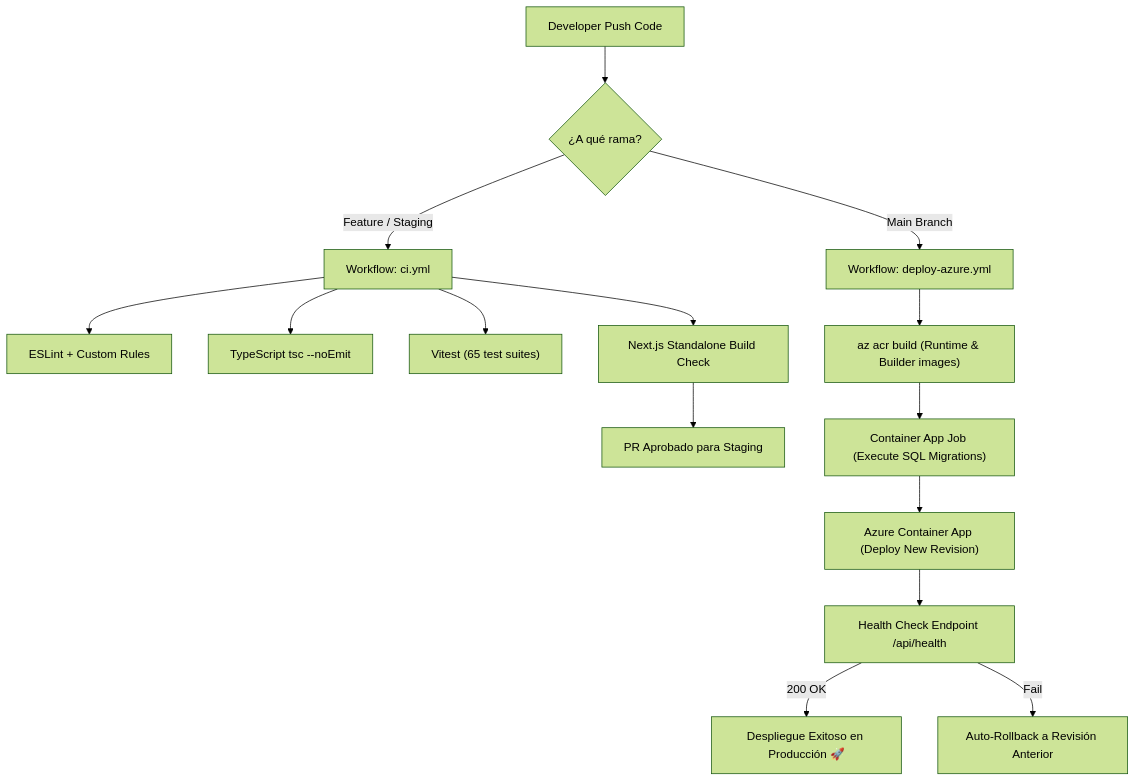
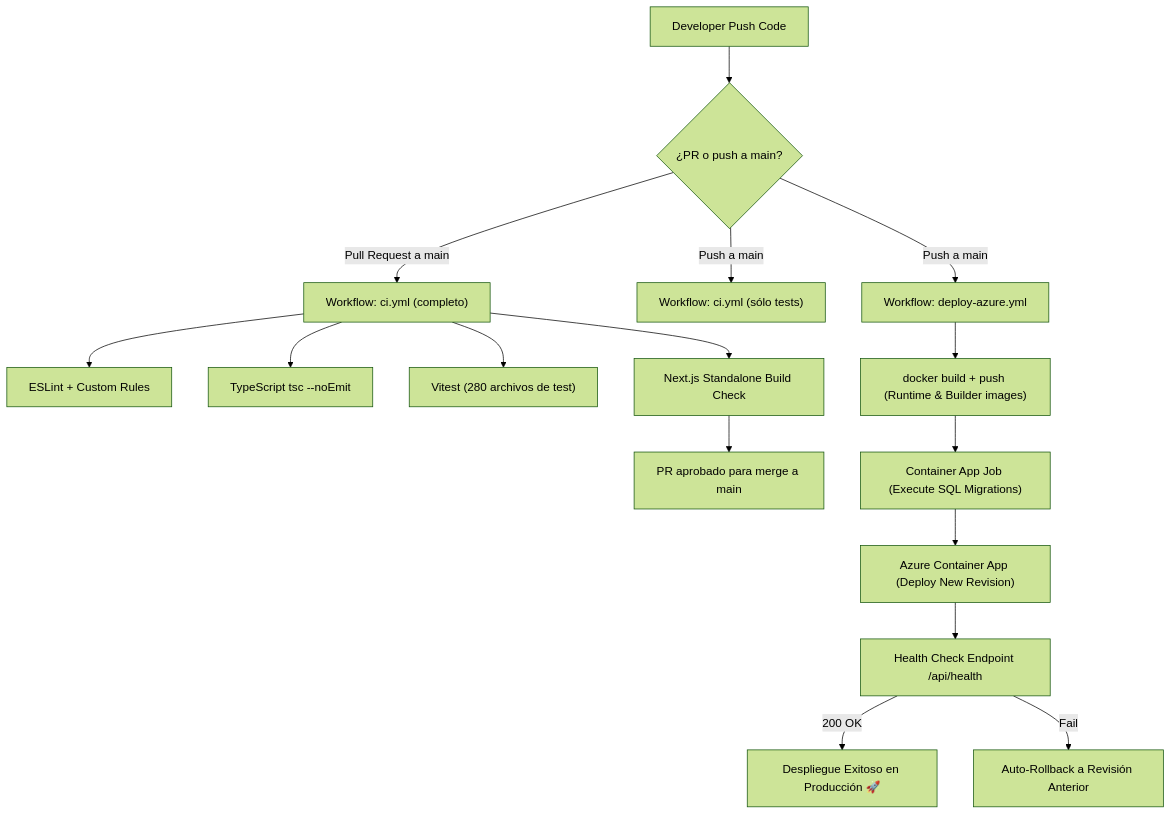
One commit to manny864/finops changed diagram 12 of 14 in docs/hld/00-hld-completo.md. Above: the diagram before and after it, drawn with Mermaid (forest theme). The commit also changed 5 other files, not shown here.

````diff
--- a/docs/hld/00-hld-completo.md
+++ b/docs/hld/00-hld-completo.md
@@ -485,19 +485,20 @@
 ```mermaid
 flowchart TD
-    DEV["Developer Push Code"] --> BRANCH{"¿A qué rama?"}
-    
-    BRANCH -->|"Feature / Staging"| CI_WORKFLOW["Workflow: ci.yml"]
+    DEV["Developer Push Code"] --> BRANCH{"¿PR o push a main?"}
+
+    BRANCH -->|"Pull Request a main"| CI_WORKFLOW["Workflow: ci.yml (completo)"]
     CI_WORKFLOW --> LINT["ESLint + Custom Rules"]
     CI_WORKFLOW --> TYPECHECK["TypeScript tsc --noEmit"]
-    CI_WORKFLOW --> TEST["Vitest (65 test suites)"]
+    CI_WORKFLOW --> TEST["Vitest (280 archivos de test)"]
     CI_WORKFLOW --> BUILD_TEST["Next.js Standalone Build Check"]
-    BUILD_TEST --> PASS_STAGING["PR Aprobado para Staging"]
+    BUILD_TEST --> PASS_MAIN["PR aprobado para merge a main"]
 
-    BRANCH -->|"Main Branch"| DEPLOY_WORKFLOW["Workflow: deploy-azure.yml"]
-    DEPLOY_WORKFLOW --> ACR_BUILD["az acr build (Runtime & Builder images)"]
+    BRANCH -->|"Push a main"| CI_TESTS["Workflow: ci.yml (sólo tests)"]
+    BRANCH -->|"Push a main"| DEPLOY_WORKFLOW["Workflow: deploy-azure.yml"]
+    DEPLOY_WORKFLOW --> ACR_BUILD["docker build + push (Runtime & Builder images)"]
     ACR_BUILD --> MIGRATION_JOB["Container App Job (Execute SQL Migrations)"]
     MIGRATION_JOB --> REVISION_UPDATE["Azure Container App (Deploy New Revision)"]
     REVISION_UPDATE --> HEALTH_CHECK["Health Check Endpoint /api/health"]
     HEALTH_CHECK -->|200 OK| PROD_LIVE["Despliegue Exitoso en Producción 🚀"]
     HEALTH_CHECK -->|Fail| ROLLBACK["Auto-Rollback a Revisión Anterior"]
 ```
````
